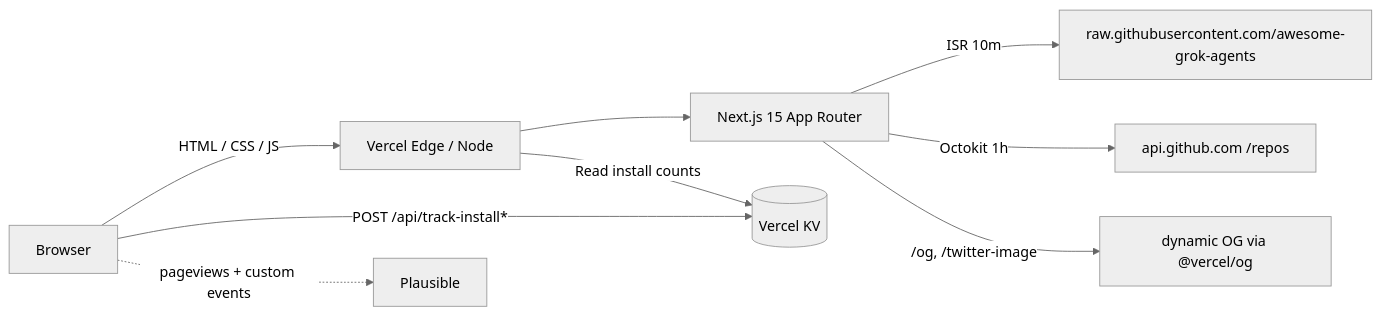
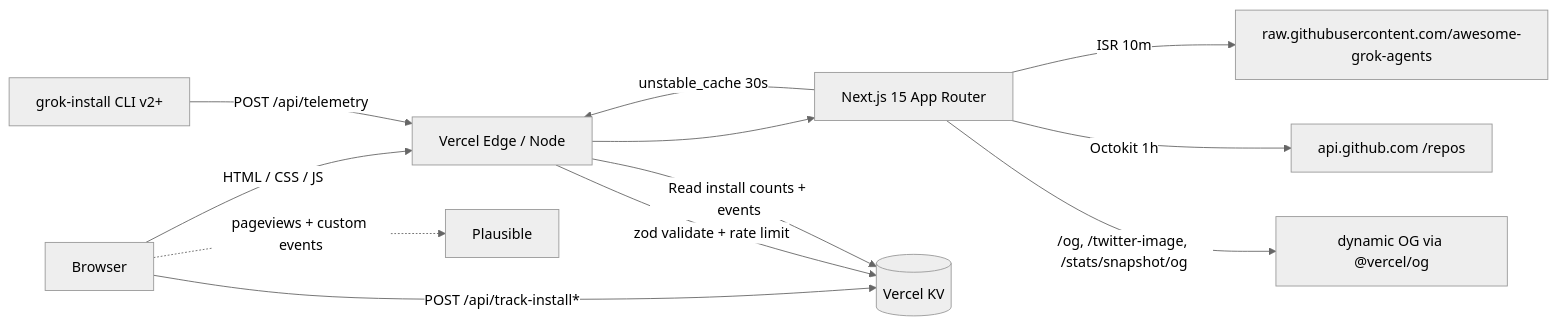
The diagram in README.md (AgentMindCloud/grok-agents-marketplace), drawn with Mermaid (neutral theme) before and after one commit. The commit also changed other lines of this file and 24 other files, not shown here.

First line of the commit message:
Adoption Dashboard: /api/telemetry CLI endpoint + rebuilt /stats + /privacy

````diff
--- a/README.md
+++ b/README.md
@@ -40,11 +49,14 @@
 ```mermaid
 flowchart LR
   A[Browser] -->|HTML / CSS / JS| V[Vercel Edge / Node]
   V --> N[Next.js 15 App Router]
   N -->|ISR 10m| GH[raw.githubusercontent.com/awesome-grok-agents]
   N -->|Octokit 1h| API[api.github.com /repos]
   A -->|POST /api/track-install*| KV[(Vercel KV)]
-  V -->|Read install counts| KV
+  CLI[grok-install CLI v2+] -->|POST /api/telemetry| V
+  V -->|zod validate + rate limit| KV
+  V -->|Read install counts + events| KV
   A -.->|pageviews + custom events| P[Plausible]
-  N -->|/og, /twitter-image| OG[dynamic OG via @vercel/og]
+  N -->|/og, /twitter-image, /stats/snapshot/og| OG[dynamic OG via @vercel/og]
+  N -->|unstable_cache 30s| V
 ```
````
